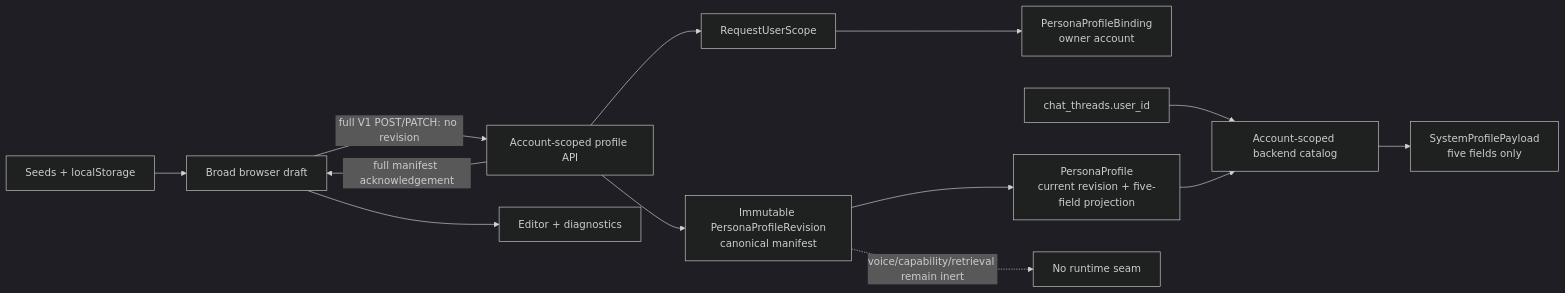
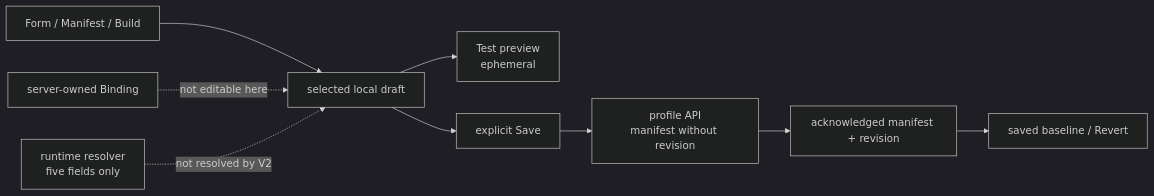
Before and after one commit to Resonant-Jones/Codexify: the diagram in docs/architecture/persona-studio.md, drawn with Mermaid (dark theme). The commit also changed other lines of this file and 14 other files, not shown here.

````diff
--- a/docs/architecture/persona-studio.md
+++ b/docs/architecture/persona-studio.md
@@ -330,15 +153,11 @@
 ```mermaid
 flowchart LR
-    A["Seeds + localStorage"] --> B["Broad browser draft"]
-    C["Account-scoped profile API"] -->|"full manifest acknowledgement"| B
-    B --> D["Editor + diagnostics"]
-    B -->|"full V1 POST/PATCH: no revision"| C
-    C --> E["RequestUserScope"]
-    E --> F["PersonaProfileBinding<br/>owner account"]
-    C --> G["Immutable PersonaProfileRevision<br/>canonical manifest"]
-    G --> H["PersonaProfile<br/>current revision + five-field projection"]
-    I["chat_threads.user_id"] --> J["Account-scoped backend catalog"]
-    H --> J
-    J --> K["SystemProfilePayload<br/>five fields only"]
-    G -. "voice/capability/retrieval remain inert" .-> L["No runtime seam"]
+    A["Form / Manifest / Build"] --> B["selected local draft"]
+    B --> C["Test preview\nephemeral"]
+    B --> D["explicit Save"]
+    D --> E["profile API\nmanifest without revision"]
+    E --> F["acknowledged manifest + revision"]
+    F --> G["saved baseline / Revert"]
+    H["server-owned Binding"] -. "not editable here" .-> B
+    I["runtime resolver\nfive fields only"] -. "not resolved by V2" .-> B
 ```
````
